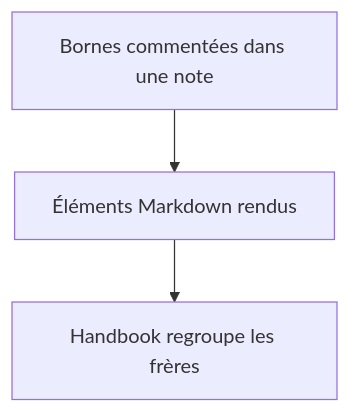
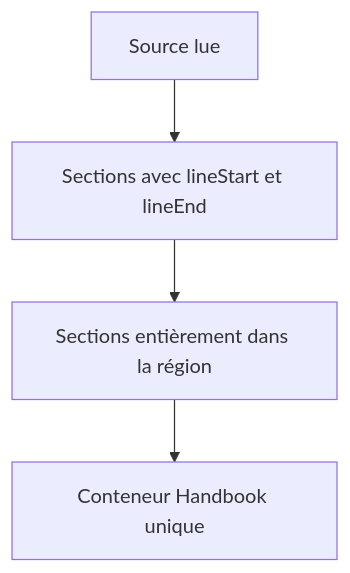
Before and after one commit to RebelliousSmile/obsidian-handbook: the first of 2 diagrams in aidd_docs/tasks/2026_09/2026_09_15_markdown-layout-regions/phase-2.md, drawn with Mermaid. The commit also changed other lines of this file and 7 other files, not shown here.

````diff
--- a/aidd_docs/tasks/2026_09/2026_09_15_markdown-layout-regions/phase-2.md
+++ b/aidd_docs/tasks/2026_09/2026_09_15_markdown-layout-regions/phase-2.md
@@ -25,5 +23,6 @@
 ```mermaid
 flowchart TD
-  A[Bornes commentées dans une note] --> B[Éléments Markdown rendus]
-  B --> C[Handbook regroupe les frères]
+  A[Source lue] --> B[Sections avec lineStart et lineEnd]
+  B --> C[Sections entièrement dans la région]
+  C --> D[Conteneur Handbook unique]
 ```
````
